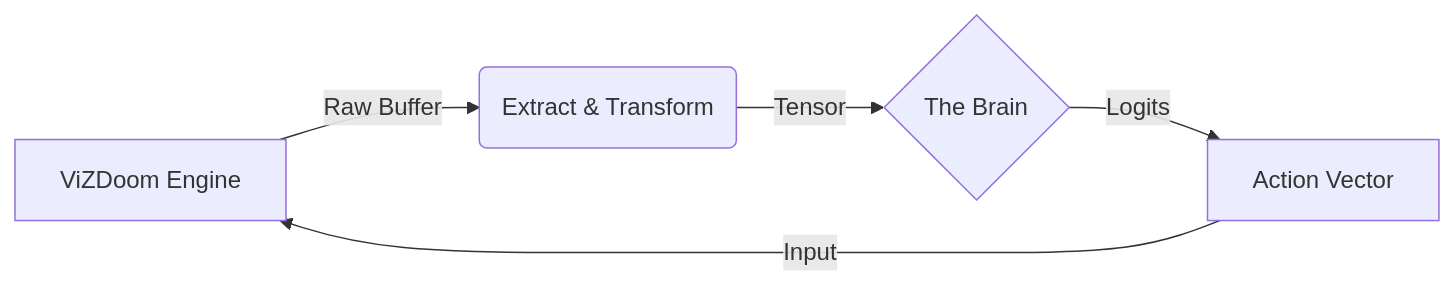
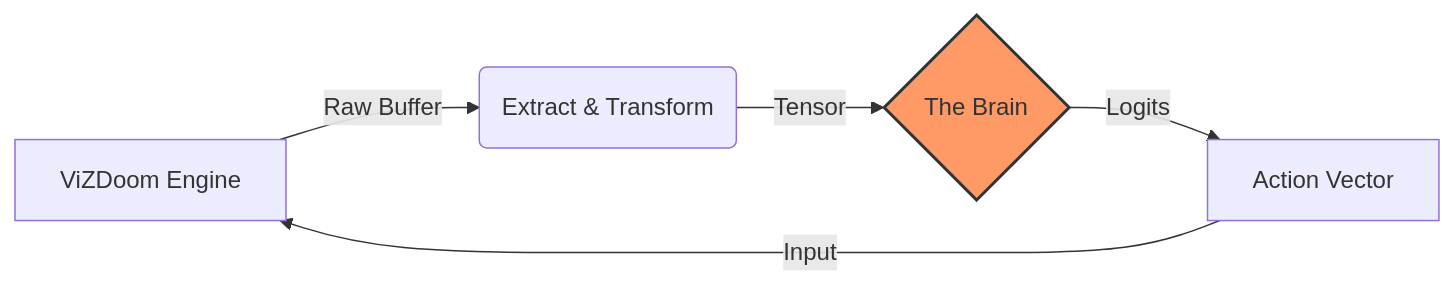
Before and after one commit to chinchalinchin/golem: the diagram in docs/index.md, drawn with Mermaid. The commit also changed other lines of this file and 5 other files, not shown here.

````diff
--- a/docs/index.md
+++ b/docs/index.md
@@ -9,7 +20,9 @@
 ```mermaid
 graph LR
     A[ViZDoom Engine] -->|Raw Buffer| B(Extract & Transform)
     B -->|Tensor| C{The Brain}
     C -->|Logits| D[Action Vector]
     D -->|Input| A
+    
+    style C fill:#f96,stroke:#333,stroke-width:2px
 ```
````
